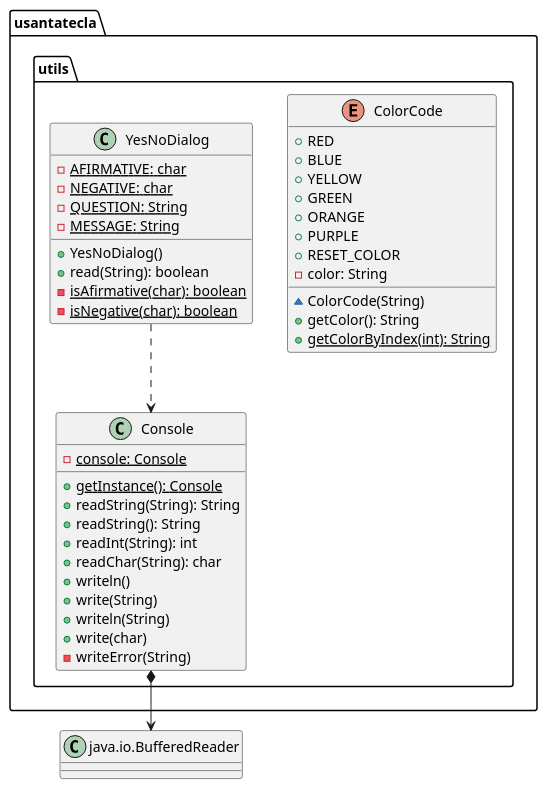
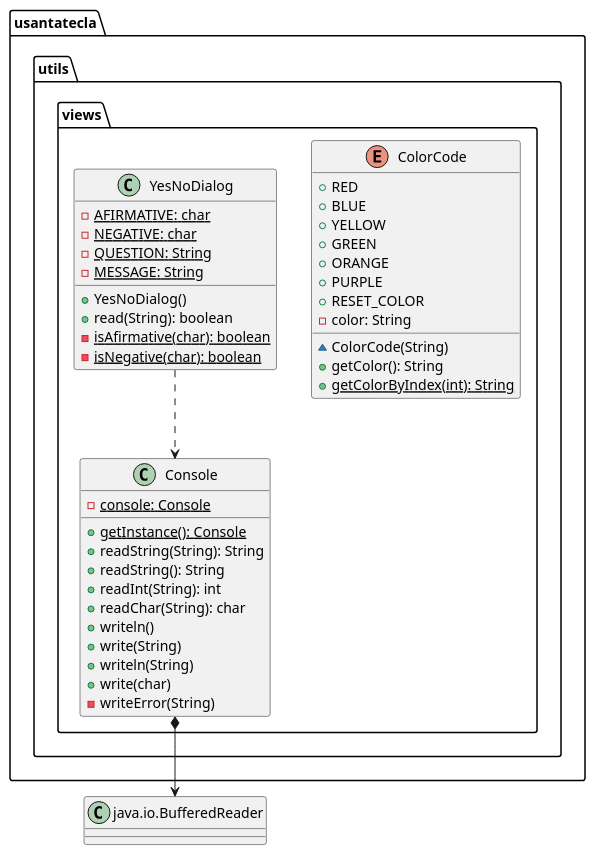
The seventh of 7 diagrams in modelViewPresenter/presentationModel/withoutDoubleDispatching/docs/diagrams/src/paquetes.plantuml (SantaTecla-mastermind/solution.java.swing.socket.sql), drawn with PlantUML before and after one commit. The commit also changed 68 other files, not shown here.

```diff
--- a/modelViewPresenter/presentationModel/withoutDoubleDispatching/docs/diagrams/src/paquetes.plantuml
+++ b/modelViewPresenter/presentationModel/withoutDoubleDispatching/docs/diagrams/src/paquetes.plantuml
@@ -360,44 +360,44 @@
 @startuml usantatecla.utils
 class BufferedReader as "java.io.BufferedReader"{}
 
-enum usantatecla.utils.ColorCode{
+enum usantatecla.utils.views.ColorCode{
     + RED
     + BLUE
     + YELLOW
     + GREEN
     + ORANGE
     + PURPLE
     + RESET_COLOR
     - color: String
     ~ ColorCode(String)
     + getColor(): String
     + {static} getColorByIndex(int): String
 }
 
-class usantatecla.utils.Console{
+class usantatecla.utils.views.Console{
     - {static} console: Console
     + {static} getInstance(): Console
     + readString(String): String
     + readString(): String
     + readInt(String): int
     + readChar(String): char
     + writeln()
     + write(String)
     + writeln(String)
     + write(char)
     - writeError(String)
 }
-usantatecla.utils.Console *-down-> BufferedReader
+usantatecla.utils.views.Console *-down-> BufferedReader
 
-class  usantatecla.utils.YesNoDialog{
+class  usantatecla.utils.views.YesNoDialog{
     - {static} AFIRMATIVE: char
     - {static} NEGATIVE: char
     - {static} QUESTION: String
     - {static} MESSAGE: String
     + YesNoDialog()
     + read(String): boolean
     - {static} isAfirmative(char): boolean
     - {static} isNegative(char): boolean
 }
-usantatecla.utils.YesNoDialog ..> usantatecla.utils.Console
+usantatecla.utils.views.YesNoDialog ..> usantatecla.utils.views.Console
 @enduml
```
